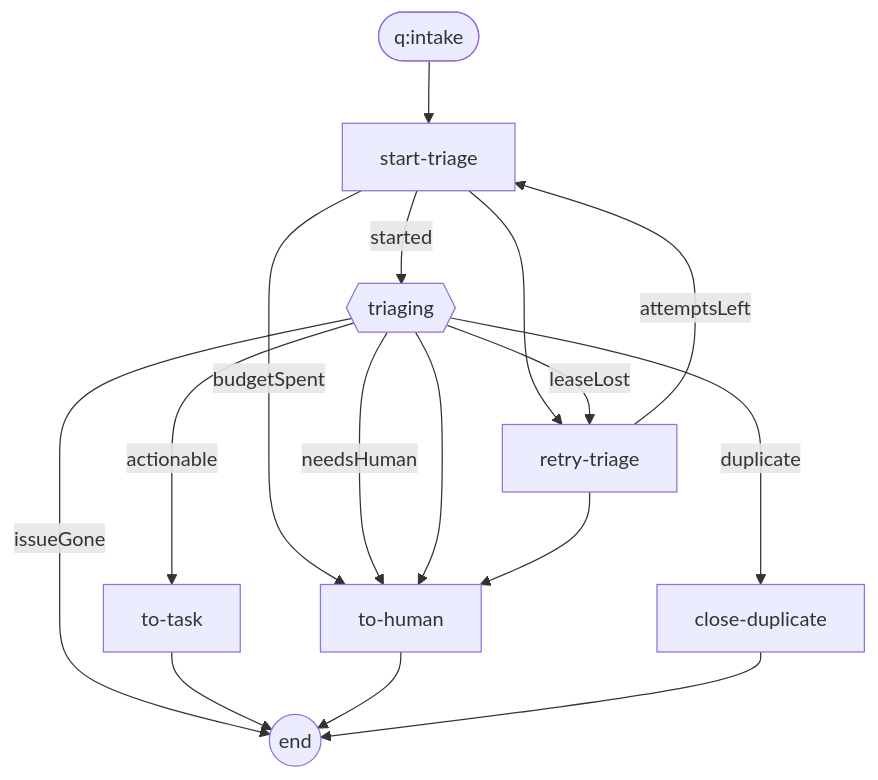
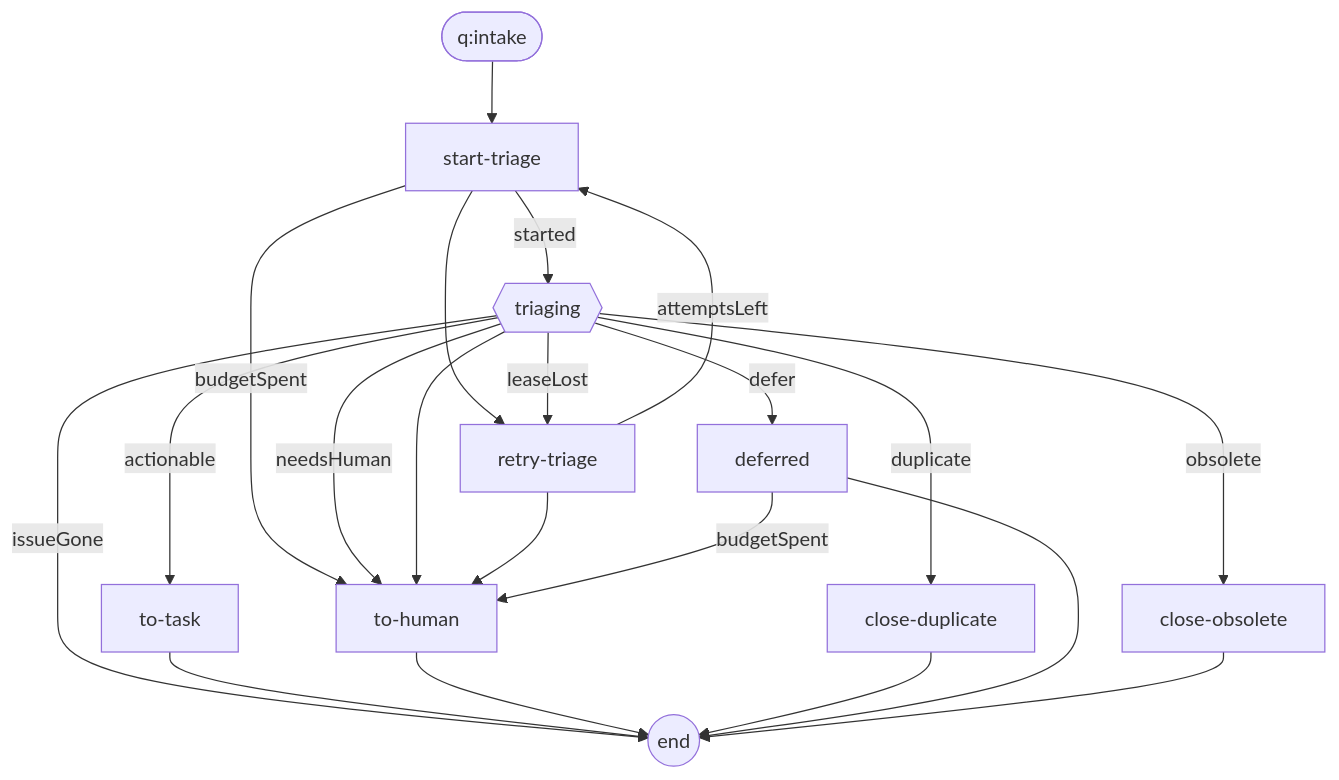
Before and after one commit to daocuong11/monorepo: the second of 4 diagrams in packages/cambium/README.md, drawn with Mermaid. The commit also changed other lines of this file and 6 other files, not shown here.

First line of the commit message:
feat(cambium): triage can defer a machine-checkable verdict or close an obsolete issue

````diff
--- a/packages/cambium/README.md
+++ b/packages/cambium/README.md
@@ -339,26 +347,33 @@
 ```mermaid
 flowchart TD
   start_(["q:intake"])
   n0["start-triage"]
   n1{{"triaging"}}
   n2["retry-triage"]
   n3["to-task"]
   n4["to-human"]
   n5["close-duplicate"]
+  n6["deferred"]
+  n7["close-obsolete"]
   end_(("end"))
   start_ --> n0
   n0 -->|"started"| n1
   n0 -->|"budgetSpent"| n4
   n0 --> n2
   n1 -->|"issueGone"| end_
   n1 -->|"leaseLost"| n2
   n1 -->|"actionable"| n3
   n1 -->|"duplicate"| n5
+  n1 -->|"defer"| n6
+  n1 -->|"obsolete"| n7
   n1 -->|"needsHuman"| n4
   n1 --> n4
   n2 -->|"attemptsLeft"| n0
   n2 --> n4
   n3 --> end_
   n4 --> end_
   n5 --> end_
+  n6 -->|"budgetSpent"| n4
+  n6 --> end_
+  n7 --> end_
 ```
````
